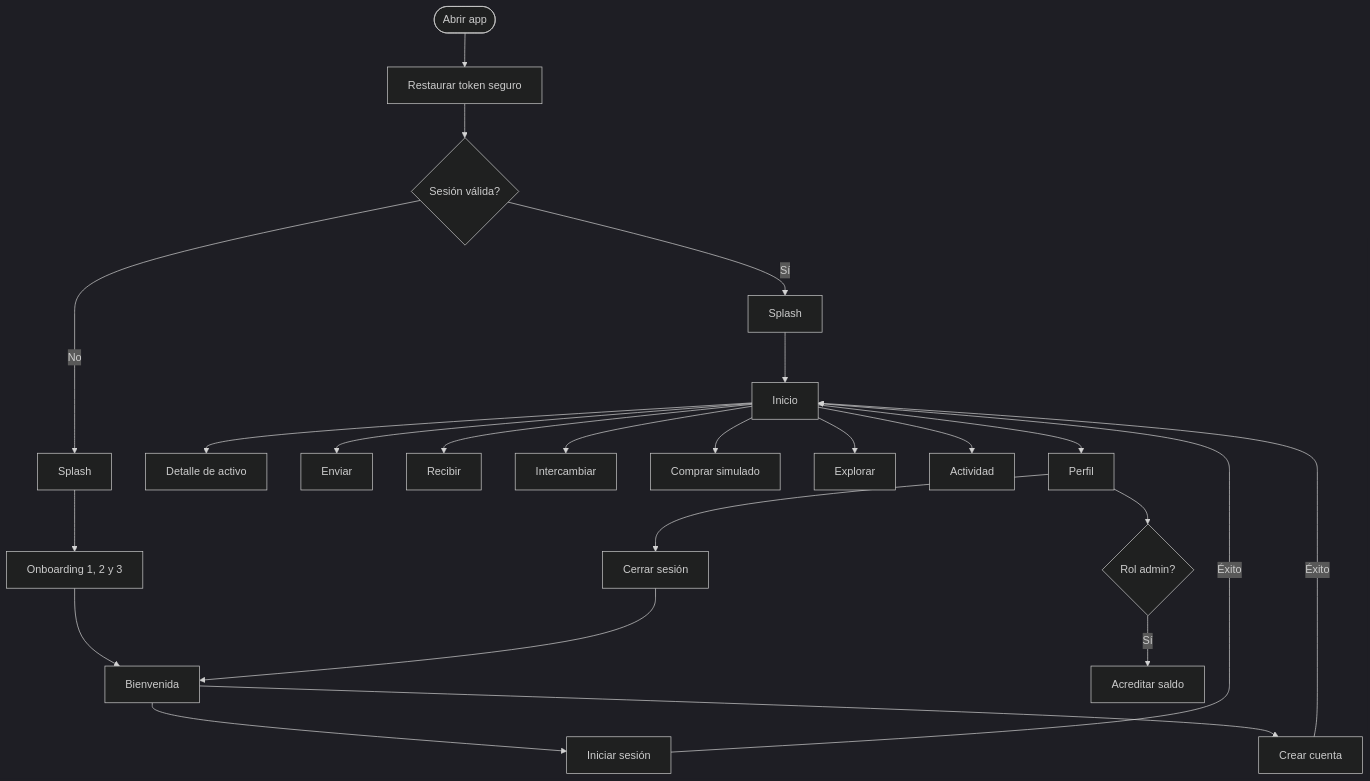
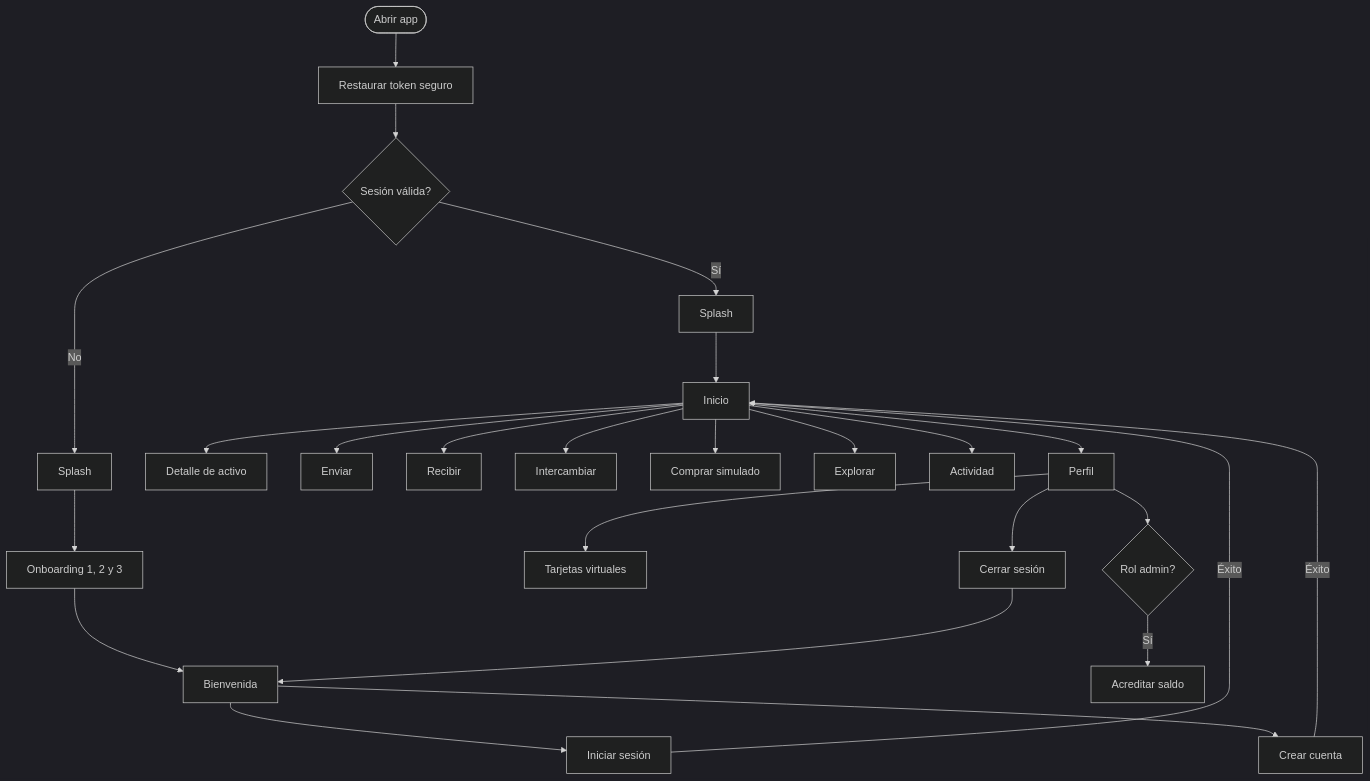
The second of 5 diagrams in docs/PROJECT_GUIDE.md (Armando-Velasquez/Walled-demo), drawn with Mermaid (dark theme) before and after one commit. The commit also changed other lines of this file and 20 other files, not shown here.

````diff
--- a/docs/PROJECT_GUIDE.md
+++ b/docs/PROJECT_GUIDE.md
@@ -115,27 +115,28 @@
 ```mermaid
 flowchart TD
     start(["Abrir app"]) --> restore["Restaurar token seguro"]
     restore --> active{"Sesión válida?"}
     active -->|"Sí"| splashAuth["Splash"]
     splashAuth --> home["Inicio"]
     active -->|"No"| splashGuest["Splash"]
     splashGuest --> onboarding["Onboarding 1, 2 y 3"]
     onboarding --> welcome["Bienvenida"]
     welcome --> login["Iniciar sesión"]
     welcome --> register["Crear cuenta"]
     login -->|"Éxito"| home
     register -->|"Éxito"| home
 
     home --> asset["Detalle de activo"]
     home --> send["Enviar"]
     home --> receive["Recibir"]
     home --> swap["Intercambiar"]
     home --> buy["Comprar simulado"]
     home --> explore["Explorar"]
     home --> activity["Actividad"]
     home --> profile["Perfil"]
+    profile --> cards["Tarjetas virtuales"]
     profile --> admin{"Rol admin?"}
     admin -->|"Sí"| funding["Acreditar saldo"]
     profile --> logout["Cerrar sesión"]
     logout --> welcome
 ```
````
